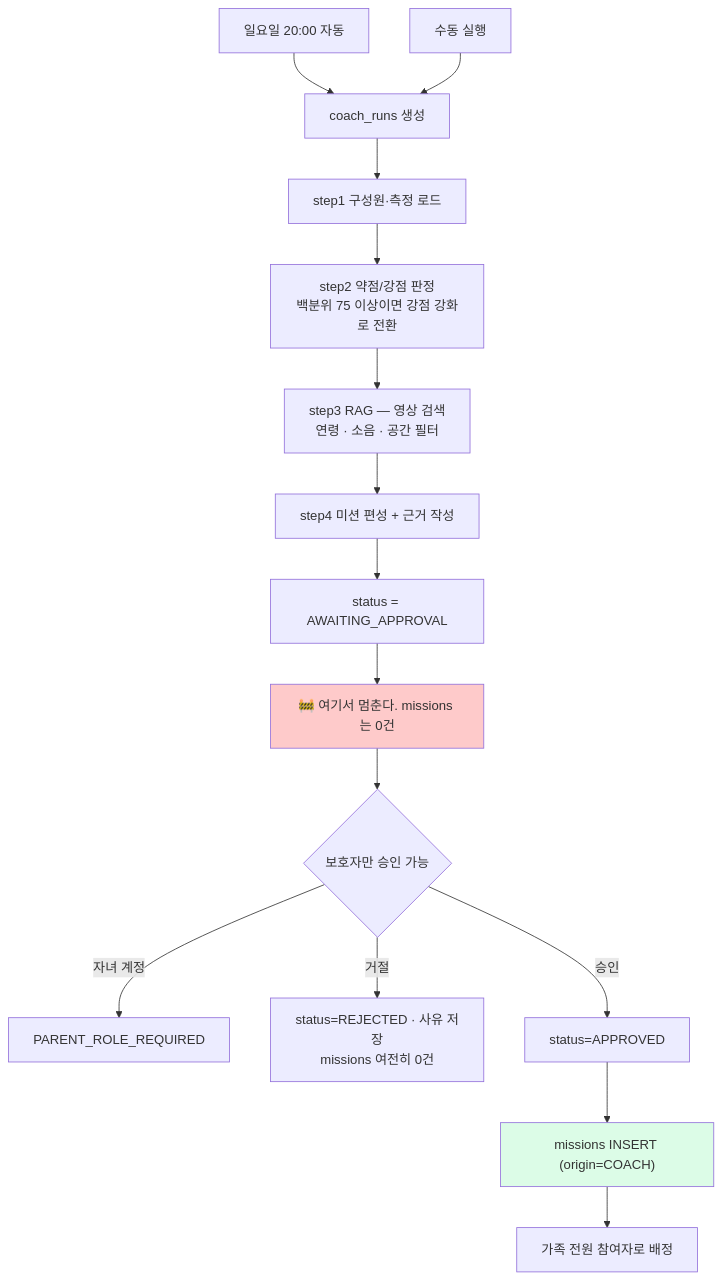
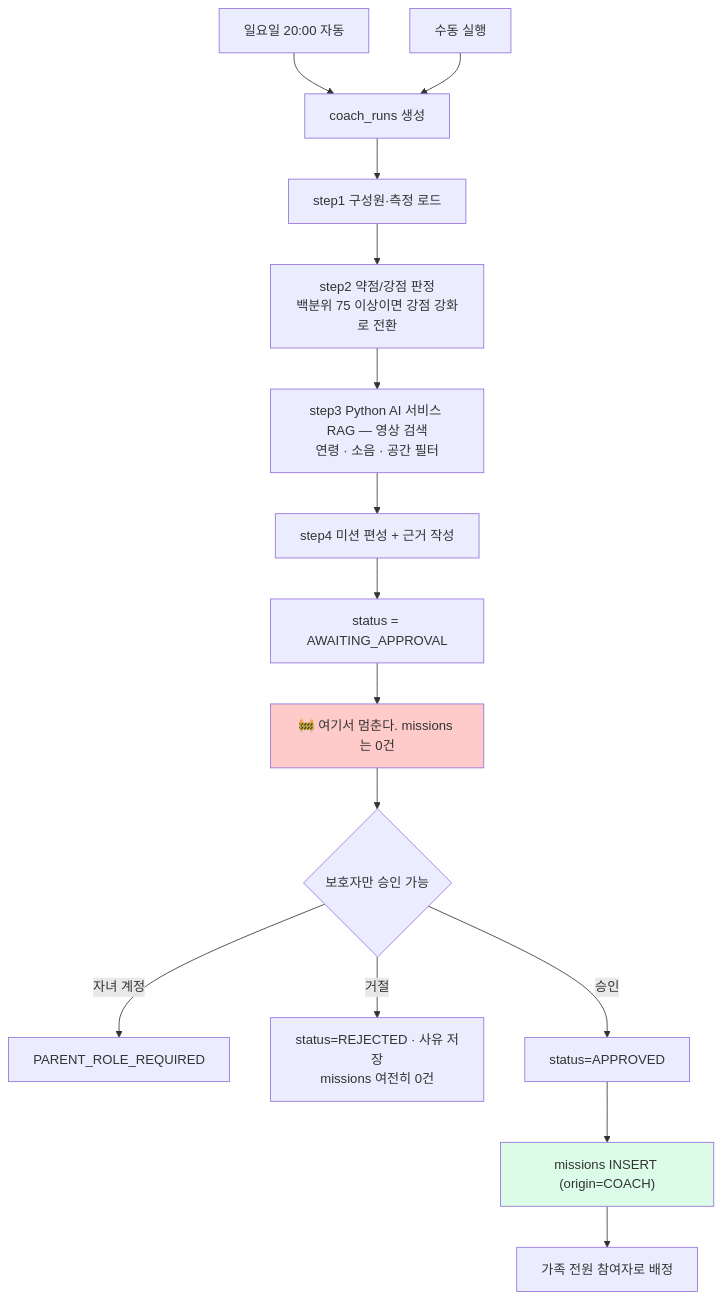
Before and after one commit to BORB-CHOI/family-fitness: the sixth of 7 diagrams in docs/user-flow.md, drawn with Mermaid. The commit also changed other lines of this file and 4 other files, not shown here.

````diff
--- a/docs/user-flow.md
+++ b/docs/user-flow.md
@@ -220,21 +221,21 @@
 ```mermaid
 flowchart TD
     T1["일요일 20:00 자동"] --> R["coach_runs 생성"]
     T2["수동 실행"] --> R
     R --> S1["step1 구성원·측정 로드"]
     S1 --> S2["step2 약점/강점 판정<br/>백분위 75 이상이면 강점 강화로 전환"]
-    S2 --> S3["step3 RAG — 영상 검색<br/>연령 · 소음 · 공간 필터"]
+    S2 --> S3["step3 Python AI 서비스 RAG — 영상 검색<br/>연령 · 소음 · 공간 필터"]
     S3 --> S4["step4 미션 편성 + 근거 작성"]
     S4 --> W["status = AWAITING_APPROVAL"]
 
     W --> WW["🚧 여기서 멈춘다. missions 는 0건"]
     WW --> P{"보호자만 승인 가능"}
     P -- 자녀 계정 --> X1["PARENT_ROLE_REQUIRED"]
     P -- 거절 --> X2["status=REJECTED · 사유 저장<br/>missions 여전히 0건"]
     P -- 승인 --> Y["status=APPROVED"]
     Y --> Z["missions INSERT (origin=COACH)"]
     Z --> Z1["가족 전원 참여자로 배정"]
 
     style WW fill:#fecaca
     style Z fill:#dcfce7
 ```
````
